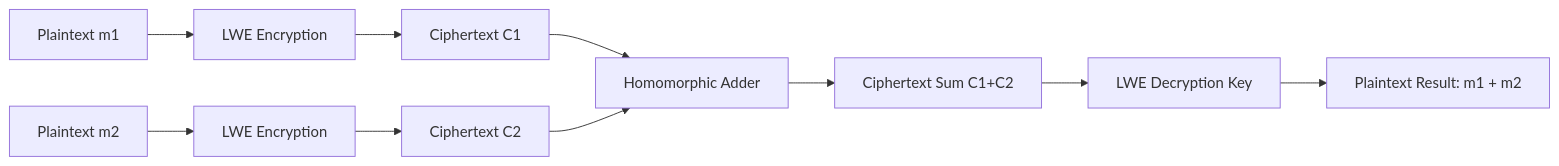
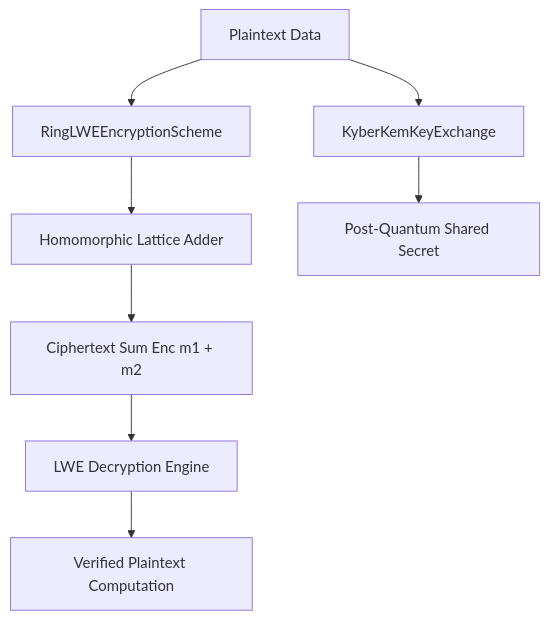
Before and after one commit to anderdebona/post-quantum-lattice-crypto-engine: the diagram in README.md, drawn with Mermaid. The commit also changed other lines of this file and 9 other files, not shown here.

Commit message:
feat(v4.0.0): add RingLWEEncryptionScheme, KyberKemKeyExchange, CI/CD, and Roadmap

````diff
--- a/README.md
+++ b/README.md
@@ -33,12 +41,10 @@
 ```mermaid
-graph LR
-    m1[Plaintext m1] --> Enc1[LWE Encryption]
-    m2[Plaintext m2] --> Enc2[LWE Encryption]
-    Enc1 --> C1[Ciphertext C1]
-    Enc2 --> C2[Ciphertext C2]
-    C1 --> HomAdd[Homomorphic Adder]
-    C2 --> HomAdd
-    HomAdd --> Csum[Ciphertext Sum C1+C2]
-    Csum --> Dec[LWE Decryption Key]
-    Dec --> Result[Plaintext Result: m1 + m2]
+graph TD
+    Plaintext[Plaintext Data] --> LWE[RingLWEEncryptionScheme]
+    Plaintext --> KEM[KyberKemKeyExchange]
+    LWE --> HomAdd[Homomorphic Lattice Adder]
+    HomAdd --> CiphertextSum[Ciphertext Sum Enc m1 + m2]
+    KEM --> SharedSecret[Post-Quantum Shared Secret]
+    CiphertextSum --> Decrypt[LWE Decryption Engine]
+    Decrypt --> Result[Verified Plaintext Computation]
 ```
````
